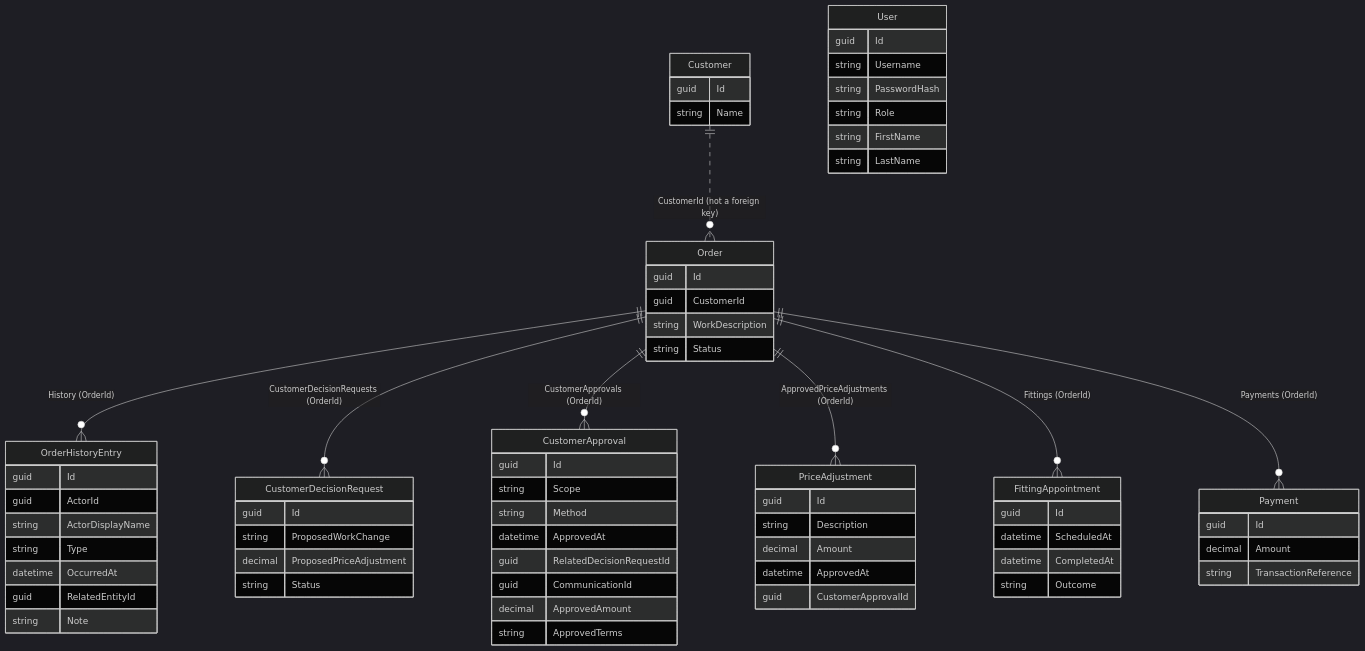
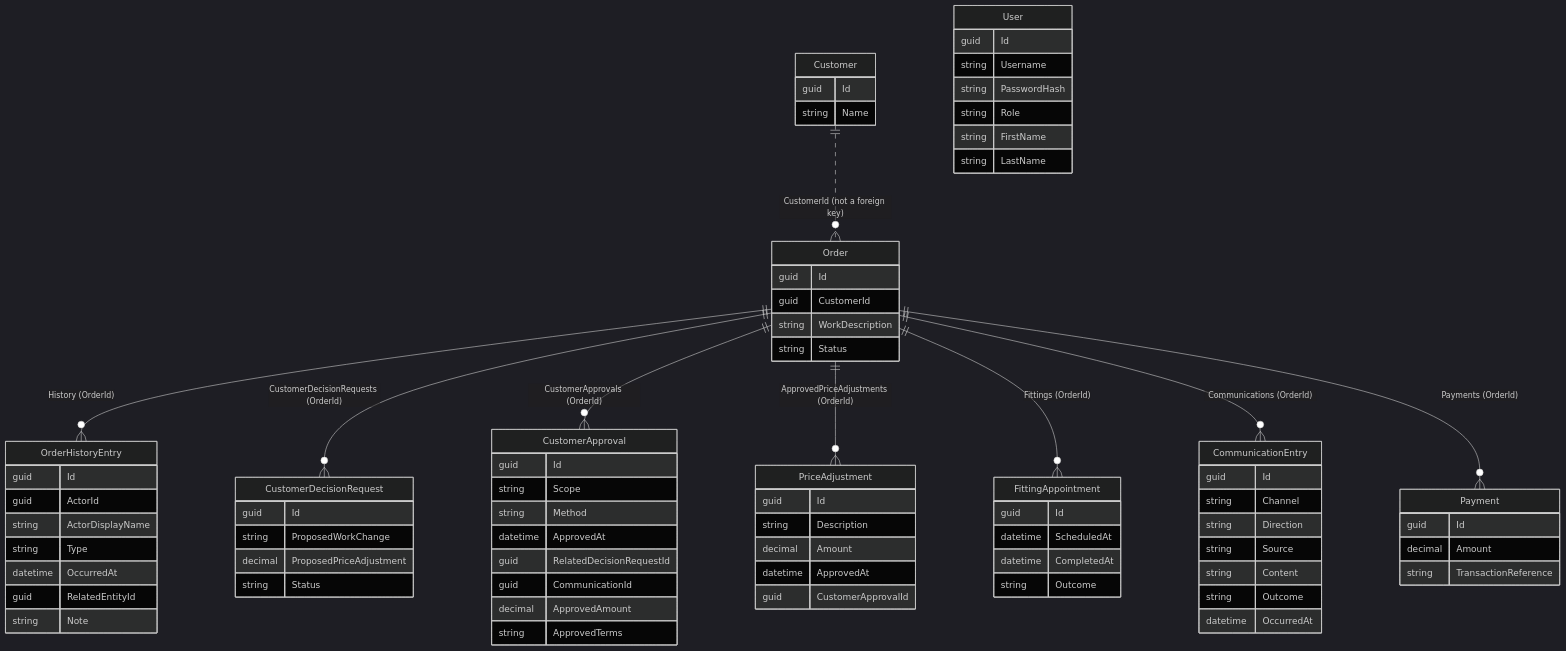
One commit to bj0594/TailorManager changed the third of 7 diagrams in Documentation/Specification.md. Above: the diagram before and after it, drawn with Mermaid (dark theme). The commit also changed other lines of this file, not shown here.

Commit message:
docs: check off Record communication in the test list, and add the communications to the data diagram

````diff
--- a/Documentation/Specification.md
+++ b/Documentation/Specification.md
@@ -196,71 +196,81 @@
 ```mermaid
 erDiagram
     Customer ||..o{ Order : "CustomerId (not a foreign key)"
     Customer {
         guid Id
         string Name
     }
     Order {
         guid Id
         guid CustomerId
         string WorkDescription
         string Status
     }
     User {
         guid Id
         string Username
         string PasswordHash
         string Role
         string FirstName
         string LastName
     }
     Order ||--o{ OrderHistoryEntry : "History (OrderId)"
     OrderHistoryEntry {
         guid Id
         guid ActorId
         string ActorDisplayName
         string Type
         datetime OccurredAt
         guid RelatedEntityId
         string Note
     }
     Order ||--o{ CustomerDecisionRequest : "CustomerDecisionRequests (OrderId)"
     CustomerDecisionRequest {
         guid Id
         string ProposedWorkChange
         decimal ProposedPriceAdjustment
         string Status
     }
     Order ||--o{ CustomerApproval : "CustomerApprovals (OrderId)"
     CustomerApproval {
         guid Id
         string Scope
         string Method
         datetime ApprovedAt
         guid RelatedDecisionRequestId
         guid CommunicationId
         decimal ApprovedAmount
         string ApprovedTerms
     }
     Order ||--o{ PriceAdjustment : "ApprovedPriceAdjustments (OrderId)"
     PriceAdjustment {
         guid Id
         string Description
         decimal Amount
         datetime ApprovedAt
         guid CustomerApprovalId
     }
     Order ||--o{ FittingAppointment : "Fittings (OrderId)"
     FittingAppointment {
         guid Id
         datetime ScheduledAt
         datetime CompletedAt
         string Outcome
     }
+    Order ||--o{ CommunicationEntry : "Communications (OrderId)"
+    CommunicationEntry {
+        guid Id
+        string Channel
+        string Direction
+        string Source
+        string Content
+        string Outcome
+        datetime OccurredAt
+    }
     Order ||--o{ Payment : "Payments (OrderId)"
     Payment {
         guid Id
         decimal Amount
         string TransactionReference
     }
 ```
````
